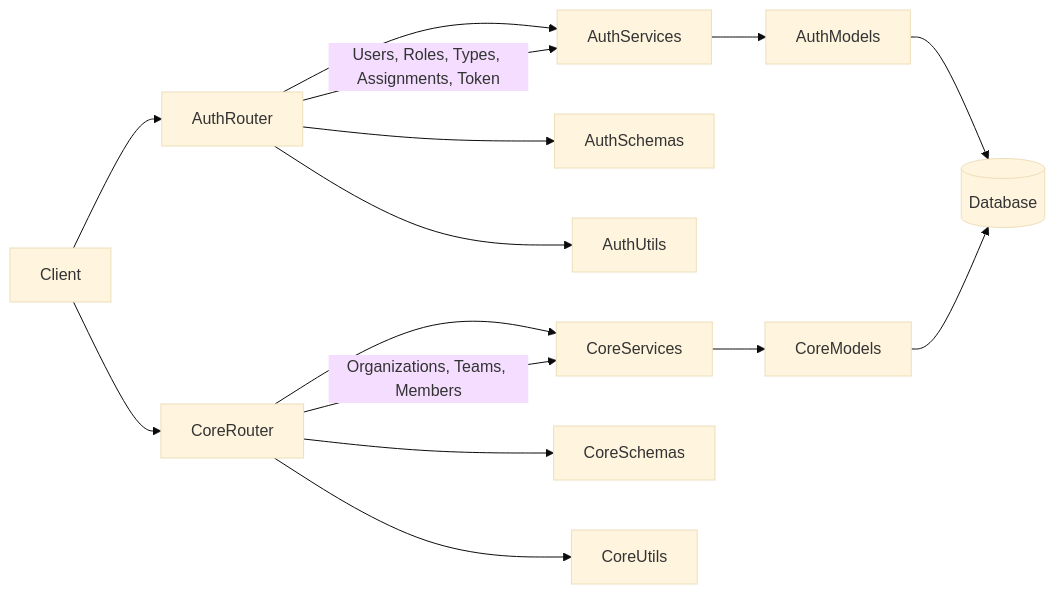
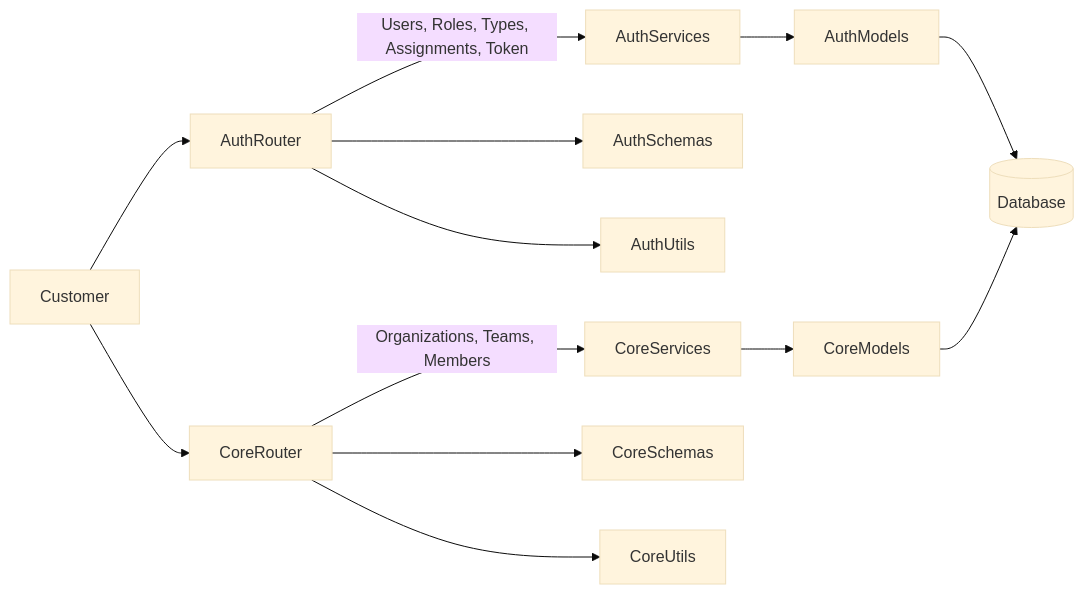
One commit to Sampath-Dz/organization_app changed the diagram in README.md. Above: the diagram before and after it, drawn with Mermaid (base theme).

````diff
--- a/README.md
+++ b/README.md
@@ -146,25 +146,21 @@
 ```mermaid
 flowchart LR
-    Client --> AuthRouter
-    Client --> CoreRouter
+    Customer --> AuthRouter
+    Customer --> CoreRouter
 
     %% Auth Service Flow
-    AuthRouter --> AuthServices
+    AuthRouter -->|Users, Roles, Types, Assignments, Token| AuthServices
     AuthServices --> AuthModels
     AuthModels --> DB[(Database)]
 
     AuthRouter --> AuthSchemas
     AuthRouter --> AuthUtils
 
     %% Core Service Flow
-    CoreRouter --> CoreServices
+    CoreRouter -->|Organizations, Teams, Members| CoreServices
     CoreServices --> CoreModels
     CoreModels --> DB
 
     CoreRouter --> CoreSchemas
     CoreRouter --> CoreUtils
-
-    %% API grouping labels
-    AuthRouter -->|Users, Roles, Types, Assignments, Token| AuthServices
-    CoreRouter -->|Organizations, Teams, Members| CoreServices
 ```
````
